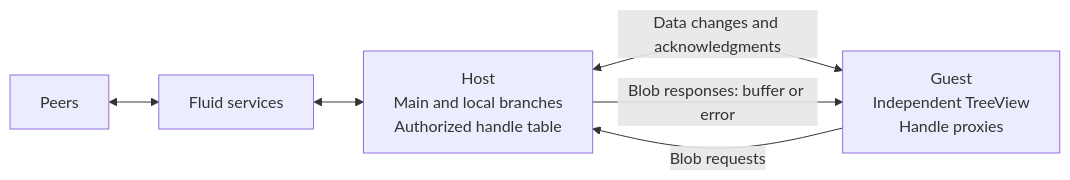
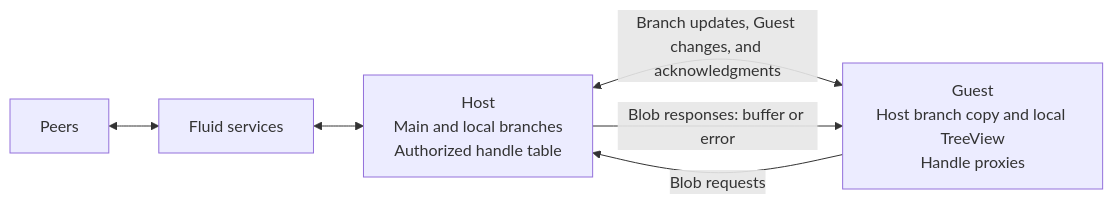
The first of 2 diagrams in packages/dds/tree/src/test/shared-tree/sandboxing/sandboxing.md (microsoft/FluidFramework), drawn with Mermaid before and after one commit. The commit also changed other lines of this file and 12 other files, not shown here.

````diff
--- a/packages/dds/tree/src/test/shared-tree/sandboxing/sandboxing.md
+++ b/packages/dds/tree/src/test/shared-tree/sandboxing/sandboxing.md
@@ -97,8 +97,8 @@
 ```mermaid
 flowchart LR
     P["Peers"] <--> F["Fluid services"]
     F <--> H["Host<br/>Main and local branches<br/>Authorized handle table"]
-    H <-->|"Data changes and acknowledgments"| G["Guest<br/>Independent TreeView<br/>Handle proxies"]
+    H <-->|"Branch updates, Guest changes, and acknowledgments"| G["Guest<br/>Host branch copy and local TreeView<br/>Handle proxies"]
     G -->|"Blob requests"| H
     H -->|"Blob responses: buffer or error"| G
 ```
````
